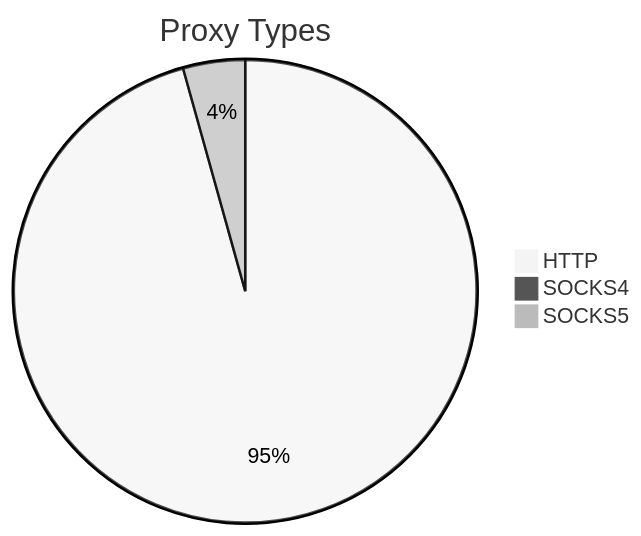
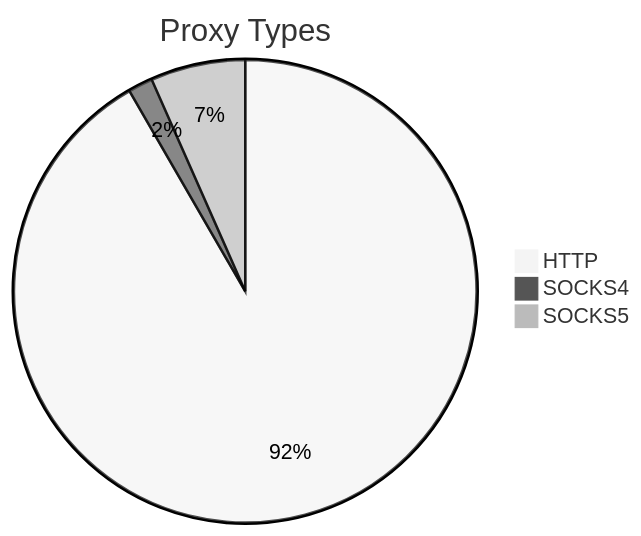
The first of 2 diagrams in README.md (stormsia/proxy-list), drawn with Mermaid (neutral theme) before and after one commit. The commit also changed other lines of this file, not shown here.

````diff
--- a/README.md
+++ b/README.md
@@ -21,6 +21,6 @@
 ```mermaid
 pie title Proxy Types
-    "HTTP" : 2607
-    "SOCKS4" : 9
-    "SOCKS5" : 118
+    "HTTP" : 2505
+    "SOCKS4" : 47
+    "SOCKS5" : 181
 ```
````
